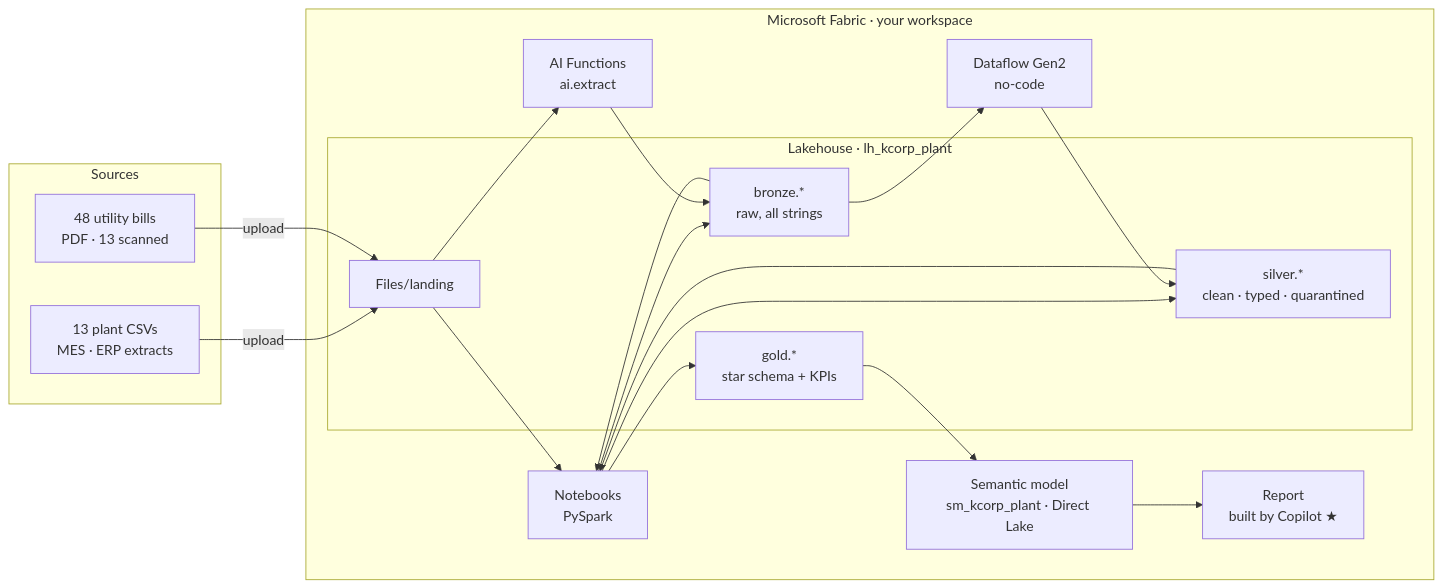
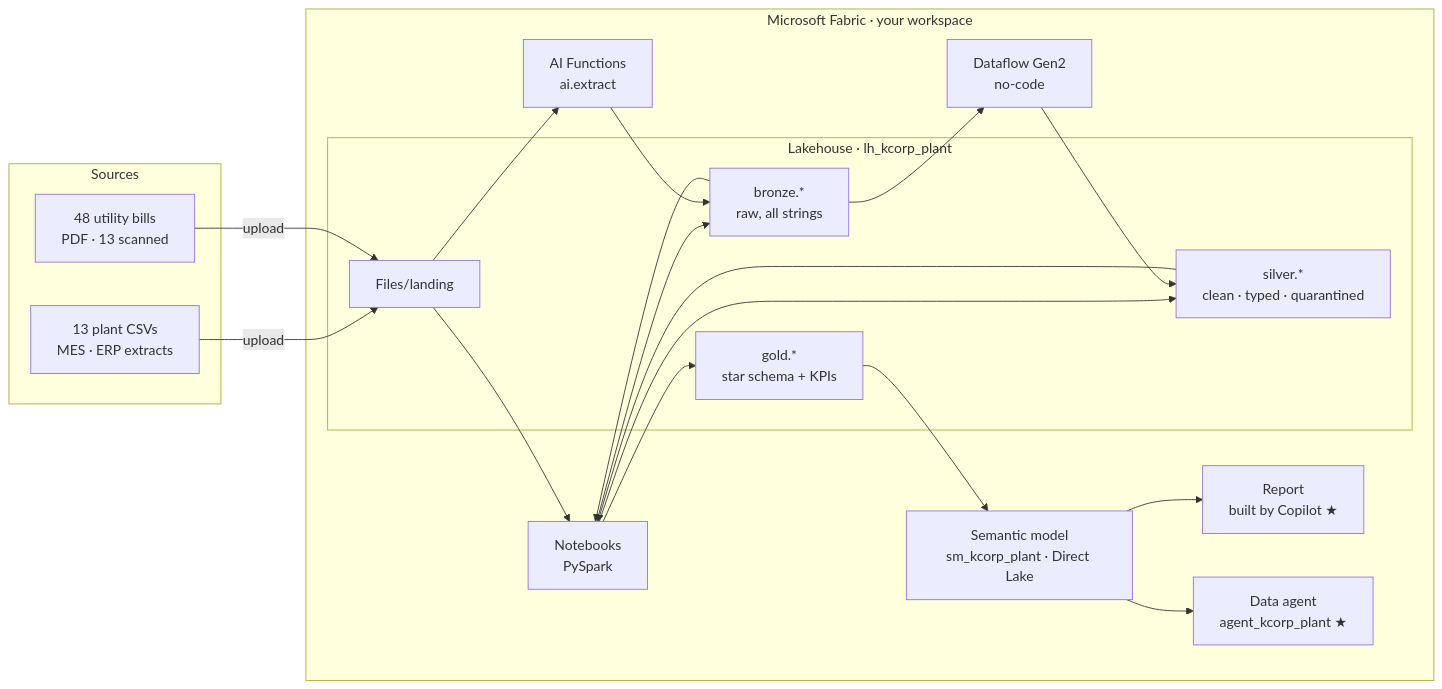
The diagram in README.md (stellistic/astar-workshop-011026), drawn with Mermaid before and after one commit. The commit also changed other lines of this file and 35 other files, not shown here.

First line of the commit message:
feat: add optional Lab 9 Fabric data agent on the semantic model

````diff
--- a/README.md
+++ b/README.md
@@ -21,29 +21,31 @@
 ```mermaid
 flowchart LR
   subgraph SRC["Sources"]
     CSV["13 plant CSVs<br/>MES · ERP extracts"]
     PDF["48 utility bills<br/>PDF · 13 scanned"]
   end
   subgraph FAB["Microsoft Fabric · your workspace"]
     subgraph LH["Lakehouse · lh_kcorp_plant"]
       FILES["Files/landing"]
       BRZ["bronze.*<br/>raw, all strings"]
       SLV["silver.*<br/>clean · typed · quarantined"]
       GLD["gold.*<br/>star schema + KPIs"]
     end
     NB["Notebooks<br/>PySpark"]
     DF["Dataflow Gen2<br/>no-code"]
     AI["AI Functions<br/>ai.extract"]
     SM["Semantic model<br/>sm_kcorp_plant · Direct Lake"]
     RPT["Report<br/>built by Copilot ★"]
+    AGT["Data agent<br/>agent_kcorp_plant ★"]
   end
   CSV -->|upload| FILES
   PDF -->|upload| FILES
   FILES --> NB --> BRZ
   BRZ --> NB
   NB --> SLV
   BRZ --> DF --> SLV
   FILES --> AI --> BRZ
   SLV --> NB --> GLD
   GLD --> SM --> RPT
+  SM --> AGT
 ```
````
